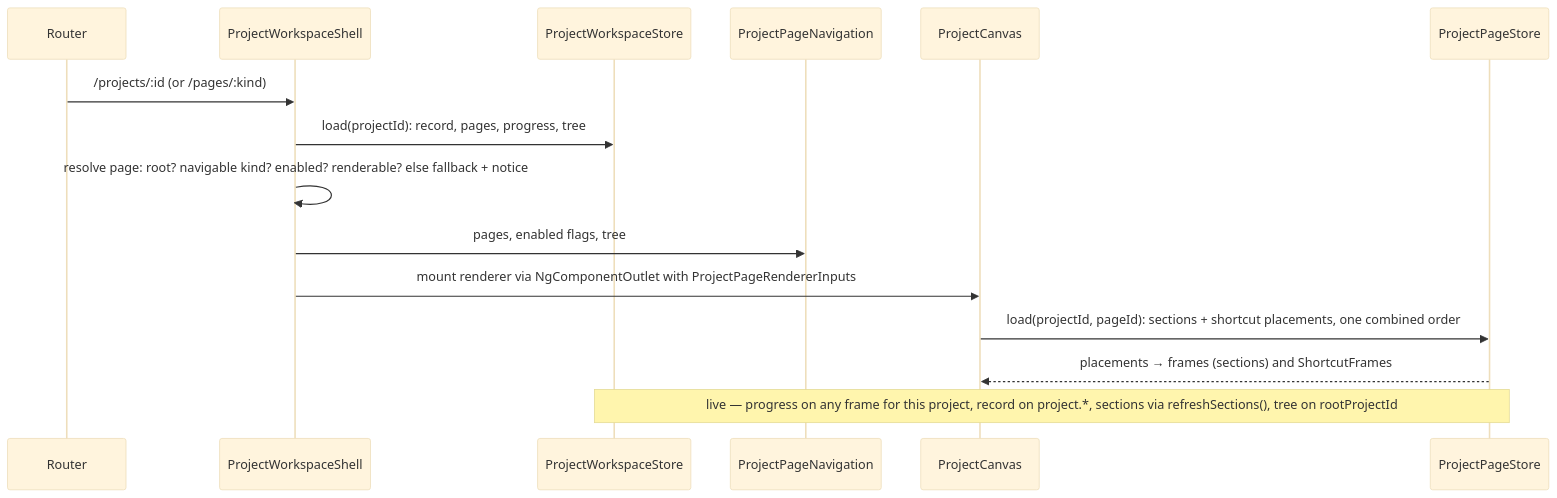
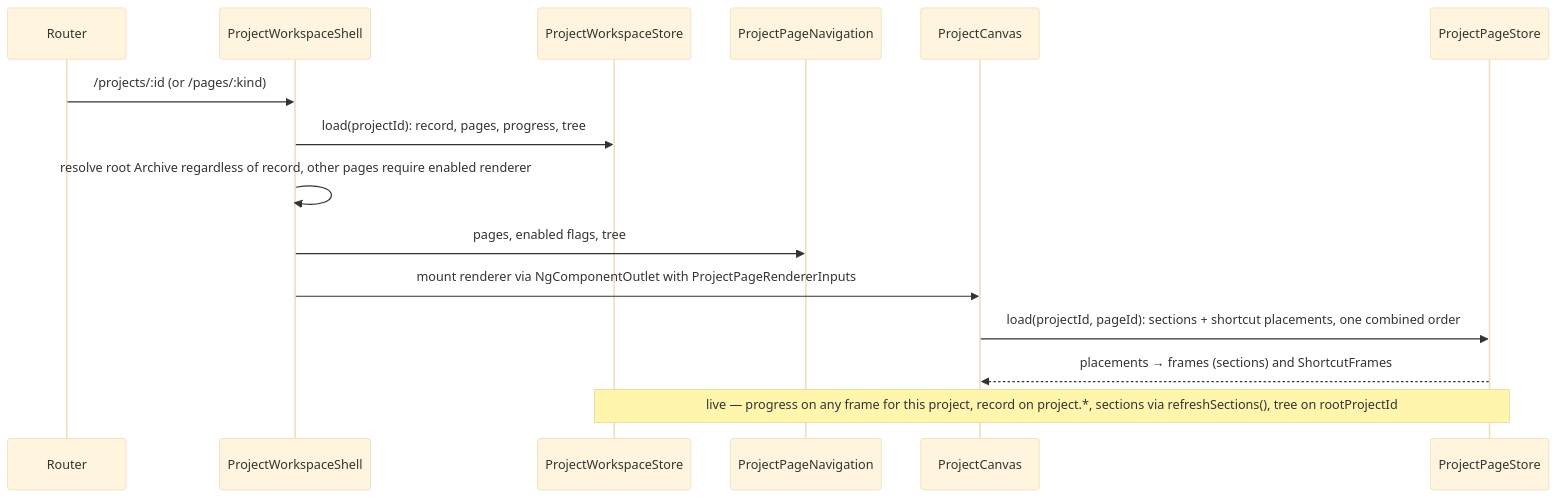
Before and after one commit to CalciteDragon/Canvas-work-manager-prototype: the second of 2 diagrams in docs/architecture/web/projects/what.md, drawn with Mermaid (base theme). The commit also changed other lines of this file and 138 other files, not shown here.

````diff
--- a/docs/architecture/web/projects/what.md
+++ b/docs/architecture/web/projects/what.md
@@ -68,17 +68,17 @@
 ```mermaid
 sequenceDiagram
   participant R as Router
   participant S as ProjectWorkspaceShell
   participant W as ProjectWorkspaceStore
   participant N as ProjectPageNavigation
   participant C as ProjectCanvas
   participant P as ProjectPageStore
   R->>S: /projects/:id (or /pages/:kind)
   S->>W: load(projectId): record, pages, progress, tree
-  S->>S: resolve page: root? navigable kind? enabled? renderable? else fallback + notice
+  S->>S: resolve root Archive regardless of record, other pages require enabled renderer
   S->>N: pages, enabled flags, tree
   S->>C: mount renderer via NgComponentOutlet with ProjectPageRendererInputs
   C->>P: load(projectId, pageId): sections + shortcut placements, one combined order
   P-->>C: placements → frames (sections) and ShortcutFrames
   Note over W,P: live — progress on any frame for this project, record on project.*, sections via refreshSections(), tree on rootProjectId
 ```
````
